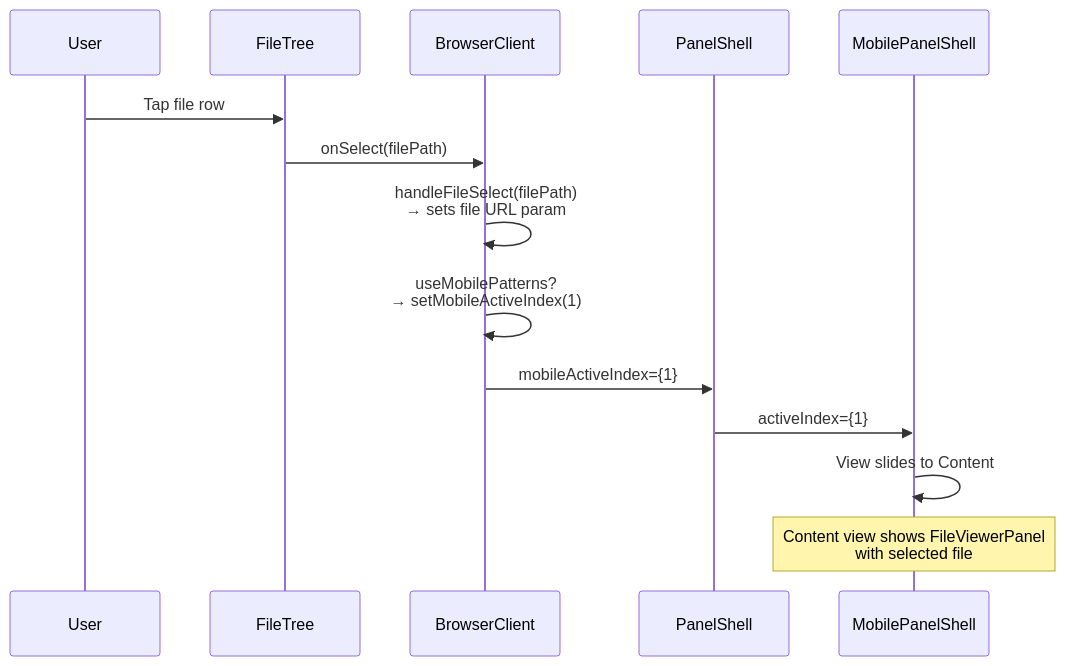
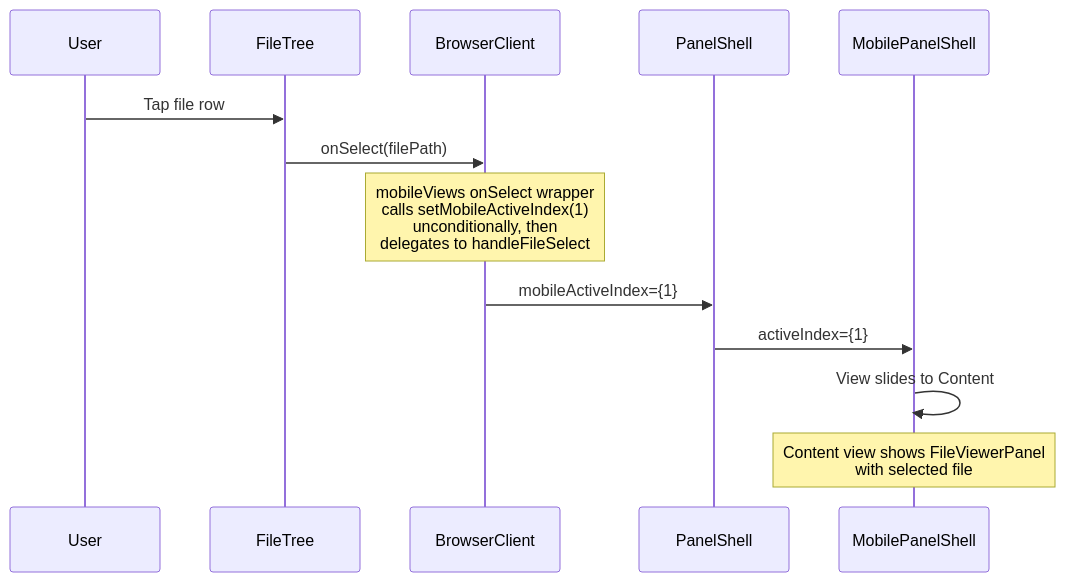
The second of 3 diagrams in docs/plans/078-mobile-experience/tasks/phase-3-browser-mobile-ux/tasks.md (AI-Substrate/chainglass), drawn with Mermaid before and after one commit. The commit also changed other lines of this file and 5 other files, not shown here.

````diff
--- a/docs/plans/078-mobile-experience/tasks/phase-3-browser-mobile-ux/tasks.md
+++ b/docs/plans/078-mobile-experience/tasks/phase-3-browser-mobile-ux/tasks.md
@@ -270,17 +447,16 @@
 ```mermaid
 sequenceDiagram
     participant U as User
     participant FT as FileTree
     participant BC as BrowserClient
     participant PS as PanelShell
     participant MPS as MobilePanelShell
 
     U->>FT: Tap file row
     FT->>BC: onSelect(filePath)
-    BC->>BC: handleFileSelect(filePath)<br/>→ sets file URL param
-    BC->>BC: useMobilePatterns?<br/>→ setMobileActiveIndex(1)
+    Note over BC: mobileViews onSelect wrapper<br/>calls setMobileActiveIndex(1)<br/>unconditionally, then<br/>delegates to handleFileSelect
     BC->>PS: mobileActiveIndex={1}
     PS->>MPS: activeIndex={1}
     MPS->>MPS: View slides to Content
     Note over MPS: Content view shows FileViewerPanel<br/>with selected file
 ```
````
